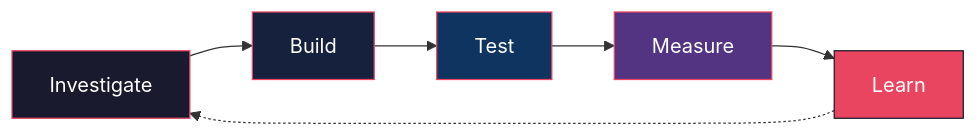
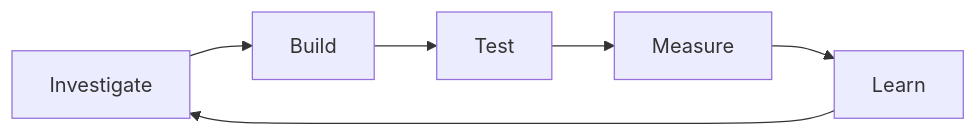
The diagram in profile/README.md (pluggedspace/.github), drawn with Mermaid before and after one commit. The commit also changed other lines of this file, not shown here.

````diff
--- a/profile/README.md
+++ b/profile/README.md
@@ -250,14 +114,8 @@
 ```mermaid
 flowchart LR
     A[Investigate] --> B[Build]
     B --> C[Test]
     C --> D[Measure]
     D --> E[Learn]
-    E -.-> A
-
-    style A fill:#1a1a2e,stroke:#e94560,color:#fff
-    style B fill:#16213e,stroke:#e94560,color:#fff
-    style C fill:#0f3460,stroke:#e94560,color:#fff
-    style D fill:#533483,stroke:#e94560,color:#fff
-    style E fill:#e94560,stroke:#1a1a2e,color:#fff
+    E --> A
 ```
````
